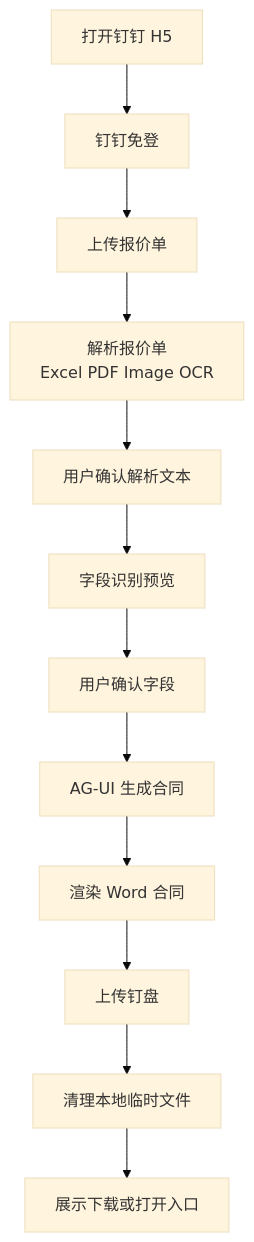
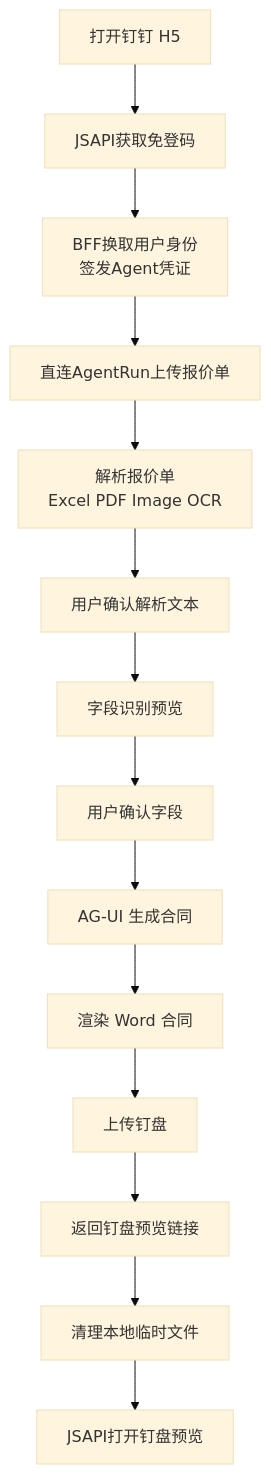
Before and after one commit to yuqingyang3019-cyber/hetong: the second of 3 diagrams in SPEC/ARCHITECTURE.md, drawn with Mermaid (base theme). The commit also changed other lines of this file and 2 other files, not shown here.

Commit message:
docs: define auth and AgentRun API boundaries

````diff
--- a/SPEC/ARCHITECTURE.md
+++ b/SPEC/ARCHITECTURE.md
@@ -152,14 +158,16 @@
 ```mermaid
 flowchart TD
-  openApp["打开钉钉 H5"] --> auth["钉钉免登"]
-  auth --> upload["上传报价单"]
+  openApp["打开钉钉 H5"] --> auth["JSAPI获取免登码"]
+  auth --> bffAuth["BFF换取用户身份\n签发Agent凭证"]
+  bffAuth --> upload["直连AgentRun上传报价单"]
   upload --> parse["解析报价单\nExcel PDF Image OCR"]
   parse --> reviewText["用户确认解析文本"]
   reviewText --> previewFields["字段识别预览"]
   previewFields --> reviewFields["用户确认字段"]
   reviewFields --> generate["AG-UI 生成合同"]
   generate --> render["渲染 Word 合同"]
   render --> uploadDrive["上传钉盘"]
-  uploadDrive --> cleanup["清理本地临时文件"]
-  cleanup --> download["展示下载或打开入口"]
+  uploadDrive --> returnPreview["返回钉盘预览链接"]
+  returnPreview --> cleanup["清理本地临时文件"]
+  cleanup --> preview["JSAPI打开钉盘预览"]
 ```
````
